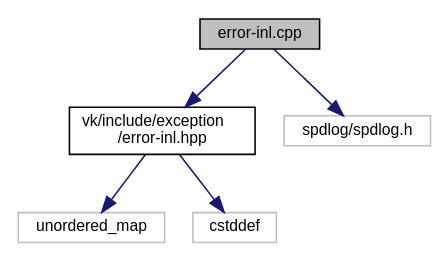
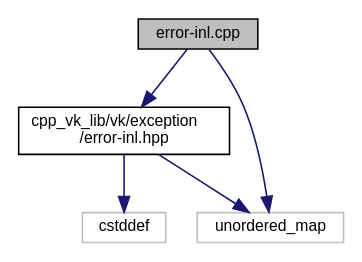
The diagram in docs/error-inl_8cpp__incl.dot (edgjj/cpp_vk_lib), drawn with Graphviz before and after one commit. The commit also changed 665 other files, not shown here.

```diff
--- a/docs/error-inl_8cpp__incl.dot
+++ b/docs/error-inl_8cpp__incl.dot
@@ -1,15 +1,14 @@
 digraph "error-inl.cpp"
 {
  // LATEX_PDF_SIZE
   edge [fontname="Helvetica",fontsize="10",labelfontname="Helvetica",labelfontsize="10"];
   node [fontname="Helvetica",fontsize="10",shape=record];
   Node1 [label="error-inl.cpp",height=0.2,width=0.4,color="black", fillcolor="grey75", style="filled", fontcolor="black",tooltip=" "];
   Node1 -> Node2 [color="midnightblue",fontsize="10",style="solid",fontname="Helvetica"];
-  Node2 [label="vk/include/exception\l/error-inl.hpp",height=0.2,width=0.4,color="black", fillcolor="white", style="filled",URL="$error-inl_8hpp.html",tooltip=" "];
+  Node2 [label="cpp_vk_lib/vk/exception\l/error-inl.hpp",height=0.2,width=0.4,color="black", fillcolor="white", style="filled",URL="$error-inl_8hpp.html",tooltip=" "];
   Node2 -> Node3 [color="midnightblue",fontsize="10",style="solid",fontname="Helvetica"];
-  Node3 [label="unordered_map",height=0.2,width=0.4,color="grey75", fillcolor="white", style="filled",tooltip=" "];
+  Node3 [label="cstddef",height=0.2,width=0.4,color="grey75", fillcolor="white", style="filled",tooltip=" "];
   Node2 -> Node4 [color="midnightblue",fontsize="10",style="solid",fontname="Helvetica"];
-  Node4 [label="cstddef",height=0.2,width=0.4,color="grey75", fillcolor="white", style="filled",tooltip=" "];
-  Node1 -> Node5 [color="midnightblue",fontsize="10",style="solid",fontname="Helvetica"];
-  Node5 [label="spdlog/spdlog.h",height=0.2,width=0.4,color="grey75", fillcolor="white", style="filled",tooltip=" "];
+  Node4 [label="unordered_map",height=0.2,width=0.4,color="grey75", fillcolor="white", style="filled",tooltip=" "];
+  Node1 -> Node4 [color="midnightblue",fontsize="10",style="solid",fontname="Helvetica"];
 }
```
